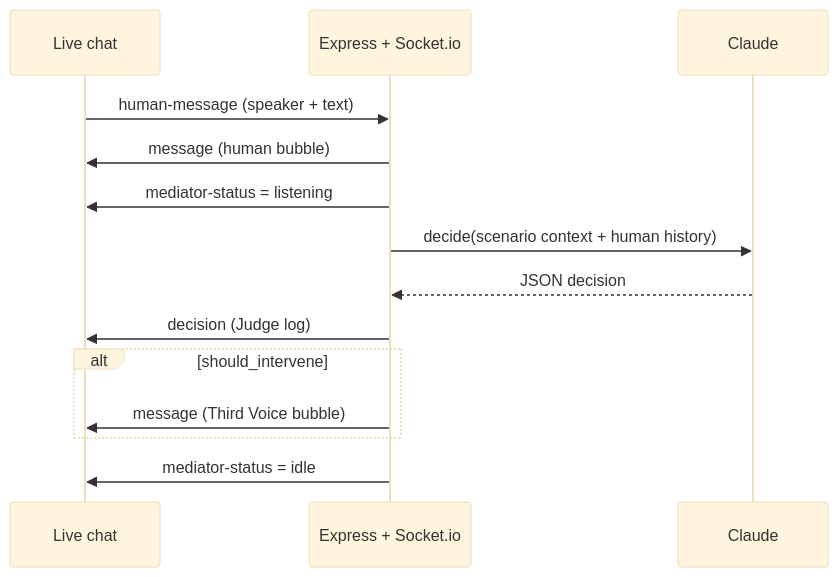
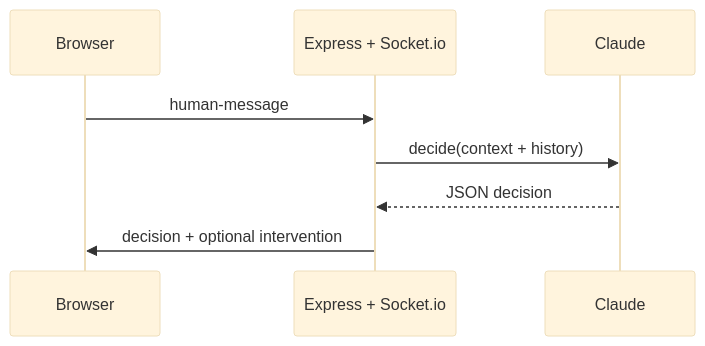
One commit to diksha-singh-17/the-third-voice changed the second of 2 diagrams in README.md. Above: the diagram before and after it, drawn with Mermaid (base theme). The commit also changed other lines of this file, not shown here.

Commit message:
Refactor README for clarity and conciseness. Streamlined problem statement, quick start instructions, and usage guidelines. Updated API key configuration details and enhanced scenario descriptions. Improved formatting for better readability.

````diff
--- a/README.md
+++ b/README.md
@@ -144,17 +55,11 @@
 ```mermaid
 sequenceDiagram
-  participant User as Live chat
-  participant Server as Express + Socket.io
+  participant UI as Browser
+  participant API as Express + Socket.io
   participant LLM as Claude
 
-  User->>Server: human-message (speaker + text)
-  Server->>User: message (human bubble)
-  Server->>User: mediator-status = listening
-  Server->>LLM: decide(scenario context + human history)
-  LLM-->>Server: JSON decision
-  Server->>User: decision (Judge log)
-  alt should_intervene
-    Server->>User: message (Third Voice bubble)
-  end
-  Server->>User: mediator-status = idle
+  UI->>API: human-message
+  API->>LLM: decide(context + history)
+  LLM-->>API: JSON decision
+  API->>UI: decision + optional intervention
 ```
````
